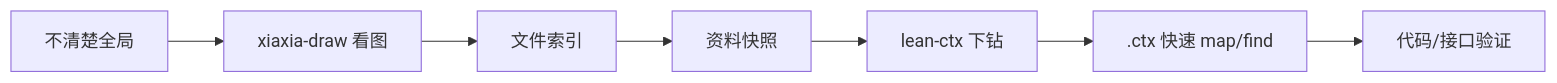
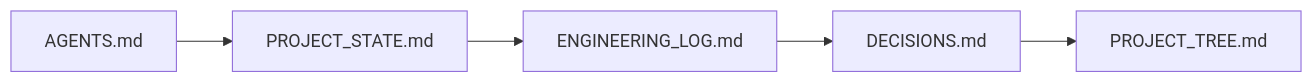
Before and after one commit to 4xiaxia/election-v2: the diagram in 副船长的航海接力日志/文件索引.md, drawn with Mermaid. The commit also changed other lines of this file and 29 other files, not shown here.

````diff
--- a/副船长的航海接力日志/文件索引.md
+++ b/副船长的航海接力日志/文件索引.md
@@ -12,9 +15,7 @@
 ```mermaid
 flowchart LR
-    A[不清楚全局] --> B[xiaxia-draw 看图]
-    B --> C[文件索引]
-    C --> D[资料快照]
-    D --> E[lean-ctx 下钻]
-    E --> F[.ctx 快速 map/find]
-    F --> G[代码/接口验证]
+    A[AGENTS.md] --> B[PROJECT_STATE.md]
+    B --> C[ENGINEERING_LOG.md]
+    C --> D[DECISIONS.md]
+    D --> E[PROJECT_TREE.md]
 ```
````
